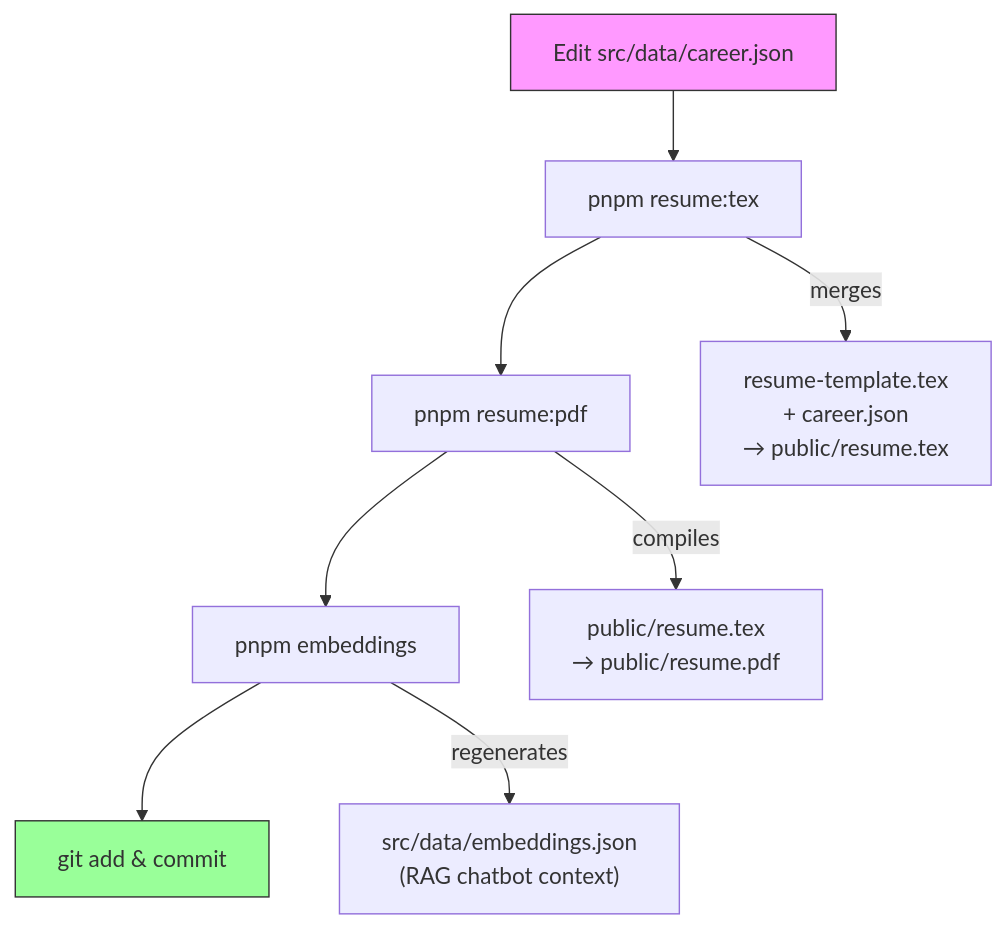
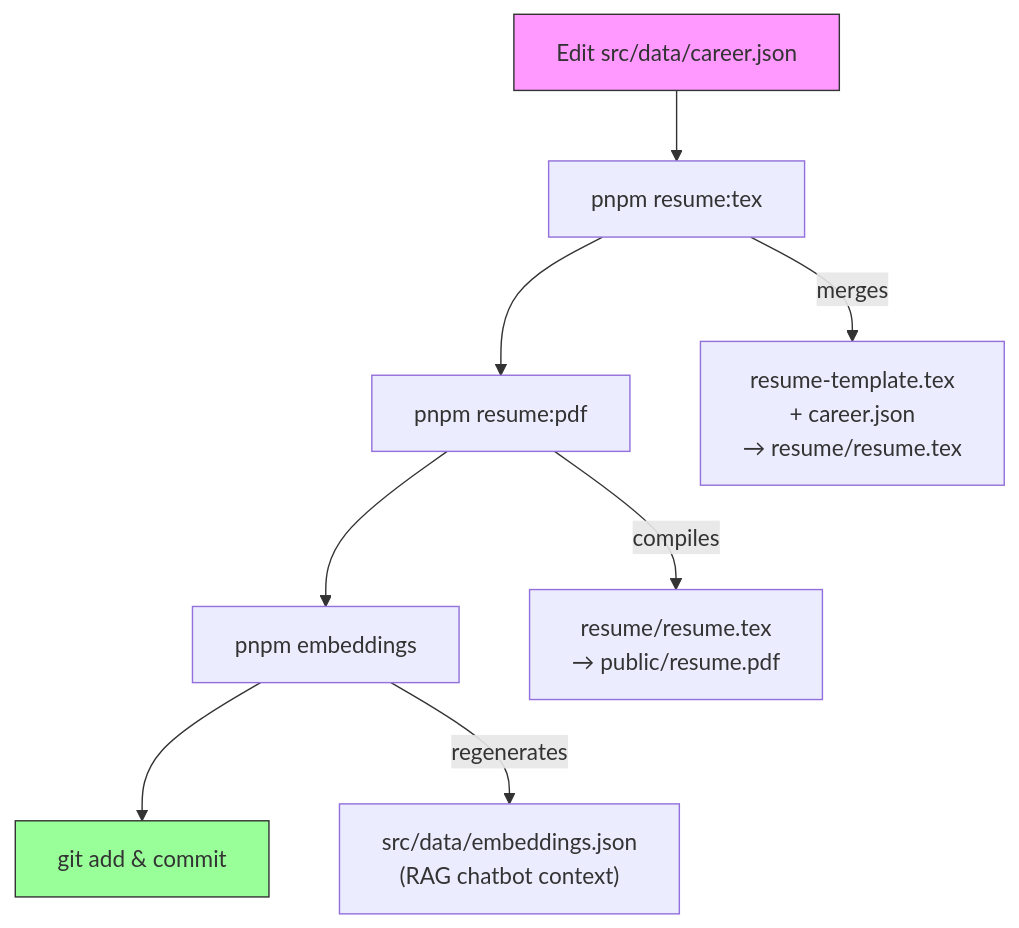
Before and after one commit to odm275/oscarmb.com: the diagram in docs/resume-pdf-generation.md, drawn with Mermaid. The commit also changed other lines of this file and 13 other files, not shown here.

````diff
--- a/docs/resume-pdf-generation.md
+++ b/docs/resume-pdf-generation.md
@@ -9,14 +9,14 @@
 ```mermaid
 flowchart TD
     A["Edit src/data/career.json"] --> B["pnpm resume:tex"]
     B --> C["pnpm resume:pdf"]
     C --> D["pnpm embeddings"]
     D --> E["git add & commit"]
 
-    B -- "merges" --> B1["resume-template.tex\n+ career.json\n→ public/resume.tex"]
-    C -- "compiles" --> C1["public/resume.tex\n→ public/resume.pdf"]
+    B -- "merges" --> B1["resume-template.tex\n+ career.json\n→ resume/resume.tex"]
+    C -- "compiles" --> C1["resume/resume.tex\n→ public/resume.pdf"]
     D -- "regenerates" --> D1["src/data/embeddings.json\n(RAG chatbot context)"]
 
     style A fill:#f9f,stroke:#333
     style E fill:#9f9,stroke:#333
 ```
````
